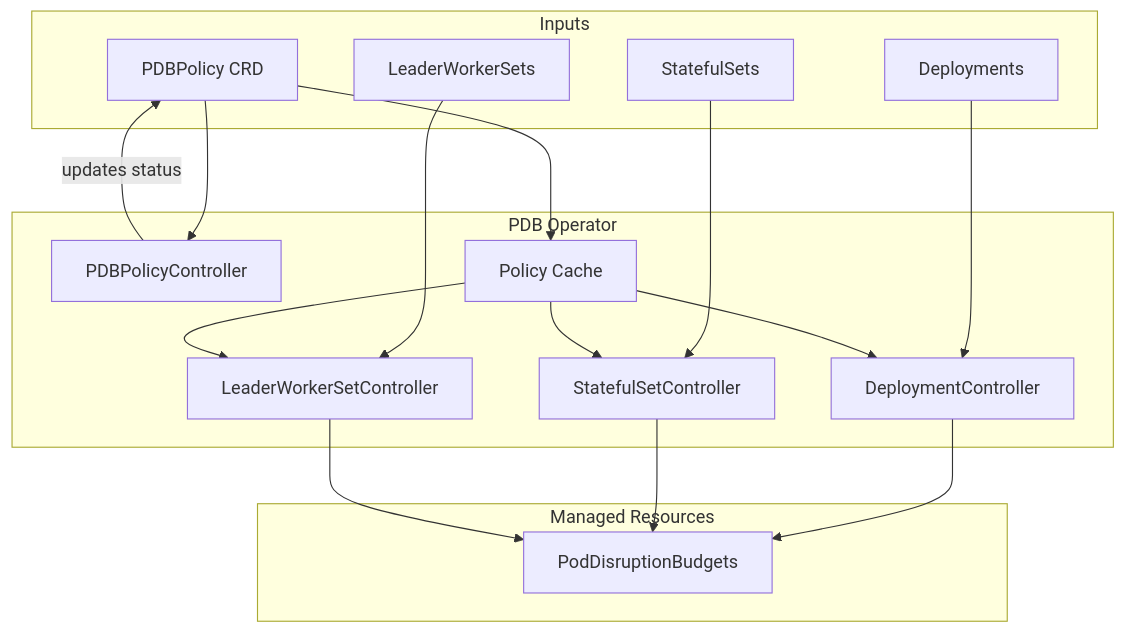
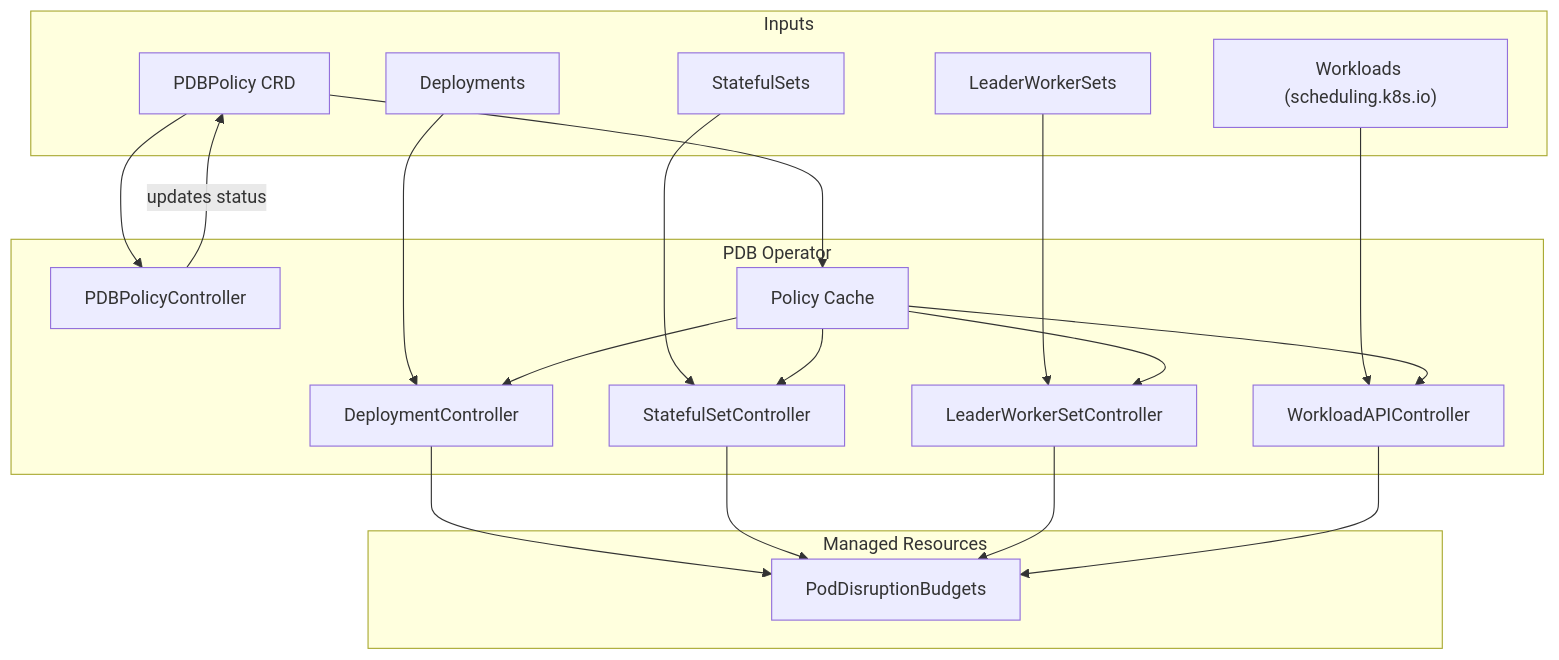
The diagram in docs/core-concepts/architecture.md (pdb-operator/pdboperator.io), drawn with Mermaid before and after one commit. The commit also changed other lines of this file and 7 other files, not shown here.

````diff
--- a/docs/core-concepts/architecture.md
+++ b/docs/core-concepts/architecture.md
@@ -11,34 +11,39 @@
 ```mermaid
 graph TD
     subgraph inputs ["Inputs"]
         A["PDBPolicy CRD"]
         C["Deployments"]
         F["StatefulSets"]
         H["LeaderWorkerSets"]
+        J["Workloads (scheduling.k8s.io)"]
     end
 
     subgraph operator ["PDB Operator"]
         B["PDBPolicyController"]
         D["DeploymentController"]
         G["StatefulSetController"]
         I["LeaderWorkerSetController"]
+        K["WorkloadAPIController"]
         Cache["Policy Cache"]
     end
 
     subgraph outputs ["Managed Resources"]
         E["PodDisruptionBudgets"]
     end
 
     A --> B
     B -->|updates status| A
     A --> Cache
     C --> D
     F --> G
     H --> I
+    J --> K
     Cache --> D
     Cache --> G
     Cache --> I
+    Cache --> K
     D --> E
     G --> E
     I --> E
+    K --> E
 ```
````
